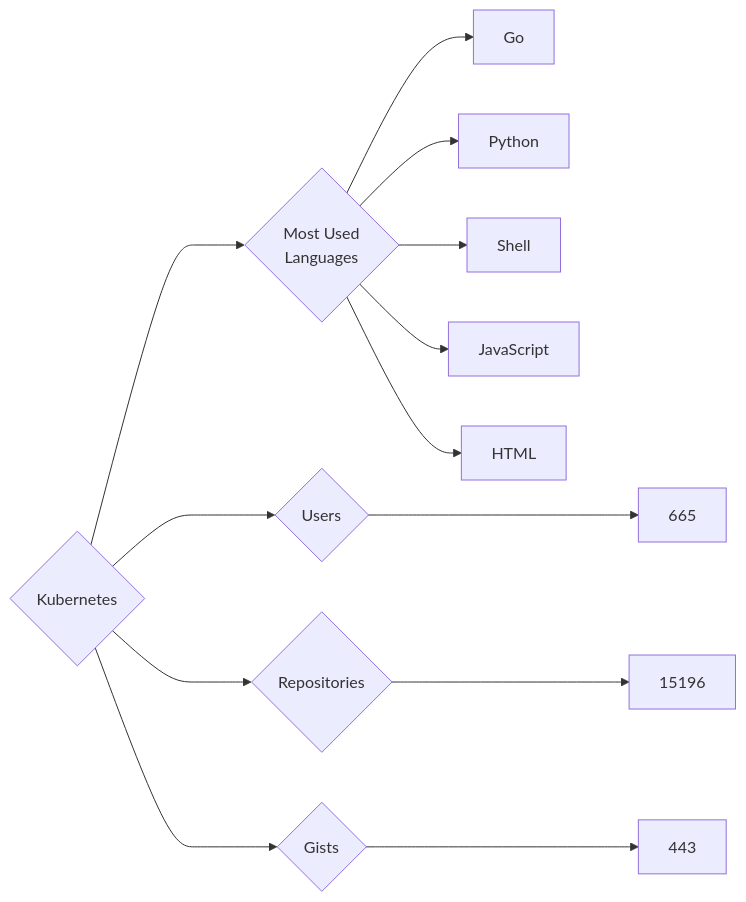
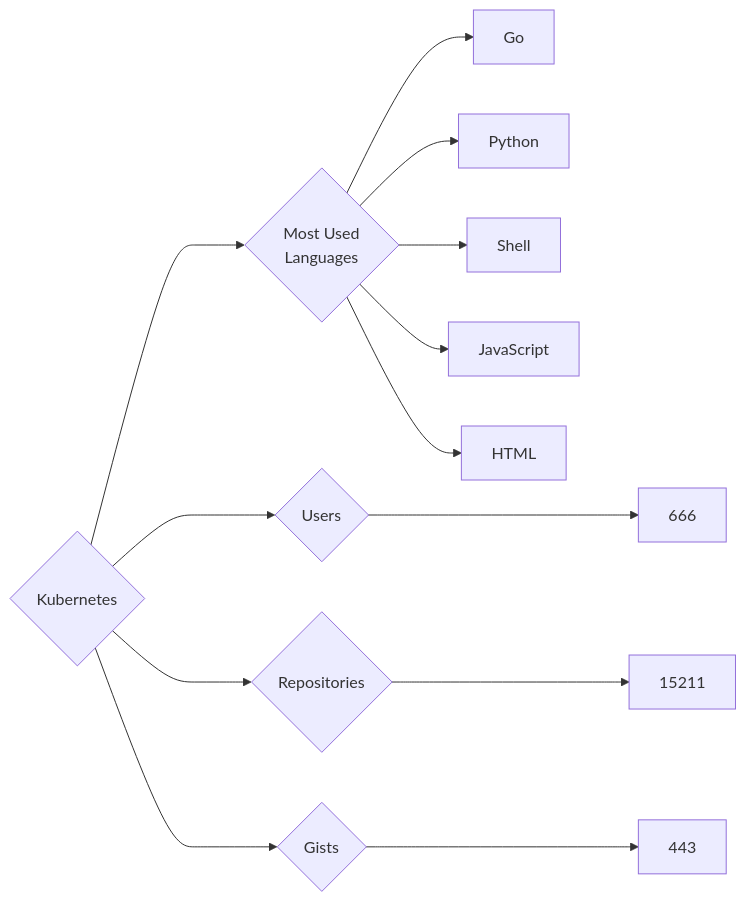
Before and after one commit to trickest/insiders: the diagram in targets/Kubernetes/README.md, drawn with Mermaid. The commit also changed 823 other files, not shown here.

````diff
--- a/targets/Kubernetes/README.md
+++ b/targets/Kubernetes/README.md
@@ -3,13 +3,13 @@
 ```mermaid
 graph LR
 COMPANY_NAME{Kubernetes}
-COMPANY_NAME ---> U{Users} ---> UN[665]
-COMPANY_NAME ---> R{Repositories} ---> RN[15196]
+COMPANY_NAME ---> U{Users} ---> UN[666]
+COMPANY_NAME ---> R{Repositories} ---> RN[15211]
 COMPANY_NAME ---> G{Gists} ---> GN[443]
 COMPANY_NAME ---> ML{Most Used<br>Languages}
 ML --> Go[Go]
 ML --> Python[Python]
 ML --> Shell[Shell]
 ML --> JavaScript[JavaScript]
 ML --> HTML[HTML]
 ```
````
